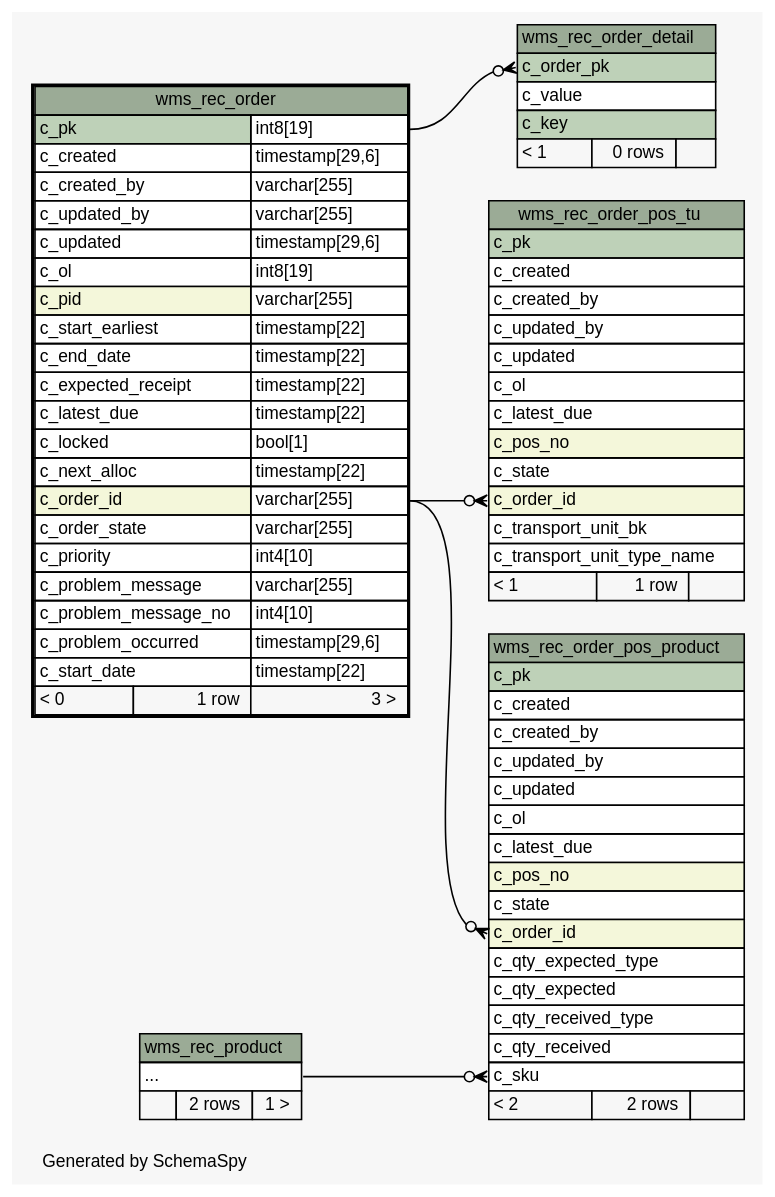
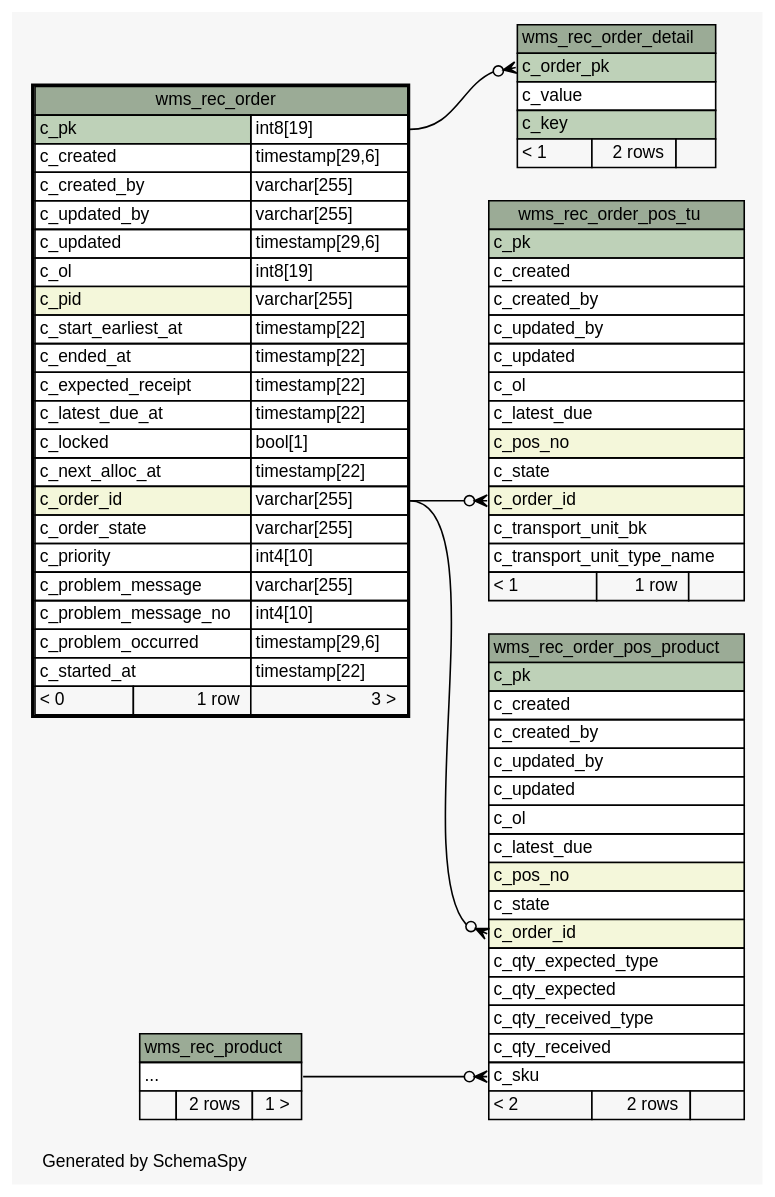
The diagram in 1.0.0-SNAPSHOT/schemaspy/diagrams/wms_rec_order.2degrees.dot (openwms/org.openwms.wms.receiving.lib), drawn with Graphviz before and after one commit. The commit also changed 454 other files, not shown here.

```diff
--- a/1.0.0-SNAPSHOT/schemaspy/diagrams/wms_rec_order.2degrees.dot
+++ b/1.0.0-SNAPSHOT/schemaspy/diagrams/wms_rec_order.2degrees.dot
@@ -1,122 +1,122 @@
 // dot 2.43.0 on Linux 5.15.0-1034-azure
 // SchemaSpy rev Unknown
 digraph "twoDegreesRelationshipsDiagram" {
   graph [
     rankdir="RL"
     bgcolor="#f7f7f7"
     label="\nGenerated by SchemaSpy"
     labeljust="l"
     nodesep="0.18"
     ranksep="0.46"
     fontname="Helvetica"
     fontsize="11"
   ];
   node [
     fontname="Helvetica"
     fontsize="11"
     shape="plaintext"
   ];
   edge [
     arrowsize="0.8"
   ];
   "wms_rec_order_detail":"c_order_pk":w -> "wms_rec_order":"c_pk.type":e [arrowhead=none dir=back arrowtail=crowodot];
   "wms_rec_order_pos_product":"c_order_id":w -> "wms_rec_order":"c_order_id.type":e [arrowhead=none dir=back arrowtail=crowodot];
   "wms_rec_order_pos_product":"c_sku":w -> "wms_rec_product":"elipses":e [arrowhead=none dir=back arrowtail=crowodot];
   "wms_rec_order_pos_tu":"c_order_id":w -> "wms_rec_order":"c_order_id.type":e [arrowhead=none dir=back arrowtail=crowodot];
   "wms_rec_order" [
     label=<
     <TABLE BORDER="2" CELLBORDER="1" CELLSPACING="0" BGCOLOR="#ffffff">
       <TR><TD COLSPAN="3" BGCOLOR="#9bab96" ALIGN="CENTER">wms_rec_order</TD></TR>
       <TR><TD PORT="c_pk" COLSPAN="2" BGCOLOR="#bed1b8" ALIGN="LEFT">c_pk</TD><TD PORT="c_pk.type" ALIGN="LEFT">int8[19]</TD></TR>
       <TR><TD PORT="c_created" COLSPAN="2" ALIGN="LEFT">c_created</TD><TD PORT="c_created.type" ALIGN="LEFT">timestamp[29,6]</TD></TR>
       <TR><TD PORT="c_created_by" COLSPAN="2" ALIGN="LEFT">c_created_by</TD><TD PORT="c_created_by.type" ALIGN="LEFT">varchar[255]</TD></TR>
       <TR><TD PORT="c_updated_by" COLSPAN="2" ALIGN="LEFT">c_updated_by</TD><TD PORT="c_updated_by.type" ALIGN="LEFT">varchar[255]</TD></TR>
       <TR><TD PORT="c_updated" COLSPAN="2" ALIGN="LEFT">c_updated</TD><TD PORT="c_updated.type" ALIGN="LEFT">timestamp[29,6]</TD></TR>
       <TR><TD PORT="c_ol" COLSPAN="2" ALIGN="LEFT">c_ol</TD><TD PORT="c_ol.type" ALIGN="LEFT">int8[19]</TD></TR>
       <TR><TD PORT="c_pid" COLSPAN="2" BGCOLOR="#f4f7da" ALIGN="LEFT">c_pid</TD><TD PORT="c_pid.type" ALIGN="LEFT">varchar[255]</TD></TR>
-      <TR><TD PORT="c_start_earliest" COLSPAN="2" ALIGN="LEFT">c_start_earliest</TD><TD PORT="c_start_earliest.type" ALIGN="LEFT">timestamp[22]</TD></TR>
-      <TR><TD PORT="c_end_date" COLSPAN="2" ALIGN="LEFT">c_end_date</TD><TD PORT="c_end_date.type" ALIGN="LEFT">timestamp[22]</TD></TR>
+      <TR><TD PORT="c_start_earliest_at" COLSPAN="2" ALIGN="LEFT">c_start_earliest_at</TD><TD PORT="c_start_earliest_at.type" ALIGN="LEFT">timestamp[22]</TD></TR>
+      <TR><TD PORT="c_ended_at" COLSPAN="2" ALIGN="LEFT">c_ended_at</TD><TD PORT="c_ended_at.type" ALIGN="LEFT">timestamp[22]</TD></TR>
       <TR><TD PORT="c_expected_receipt" COLSPAN="2" ALIGN="LEFT">c_expected_receipt</TD><TD PORT="c_expected_receipt.type" ALIGN="LEFT">timestamp[22]</TD></TR>
-      <TR><TD PORT="c_latest_due" COLSPAN="2" ALIGN="LEFT">c_latest_due</TD><TD PORT="c_latest_due.type" ALIGN="LEFT">timestamp[22]</TD></TR>
+      <TR><TD PORT="c_latest_due_at" COLSPAN="2" ALIGN="LEFT">c_latest_due_at</TD><TD PORT="c_latest_due_at.type" ALIGN="LEFT">timestamp[22]</TD></TR>
       <TR><TD PORT="c_locked" COLSPAN="2" ALIGN="LEFT">c_locked</TD><TD PORT="c_locked.type" ALIGN="LEFT">bool[1]</TD></TR>
-      <TR><TD PORT="c_next_alloc" COLSPAN="2" ALIGN="LEFT">c_next_alloc</TD><TD PORT="c_next_alloc.type" ALIGN="LEFT">timestamp[22]</TD></TR>
+      <TR><TD PORT="c_next_alloc_at" COLSPAN="2" ALIGN="LEFT">c_next_alloc_at</TD><TD PORT="c_next_alloc_at.type" ALIGN="LEFT">timestamp[22]</TD></TR>
       <TR><TD PORT="c_order_id" COLSPAN="2" BGCOLOR="#f4f7da" ALIGN="LEFT">c_order_id</TD><TD PORT="c_order_id.type" ALIGN="LEFT">varchar[255]</TD></TR>
       <TR><TD PORT="c_order_state" COLSPAN="2" ALIGN="LEFT">c_order_state</TD><TD PORT="c_order_state.type" ALIGN="LEFT">varchar[255]</TD></TR>
       <TR><TD PORT="c_priority" COLSPAN="2" ALIGN="LEFT">c_priority</TD><TD PORT="c_priority.type" ALIGN="LEFT">int4[10]</TD></TR>
       <TR><TD PORT="c_problem_message" COLSPAN="2" ALIGN="LEFT">c_problem_message</TD><TD PORT="c_problem_message.type" ALIGN="LEFT">varchar[255]</TD></TR>
       <TR><TD PORT="c_problem_message_no" COLSPAN="2" ALIGN="LEFT">c_problem_message_no</TD><TD PORT="c_problem_message_no.type" ALIGN="LEFT">int4[10]</TD></TR>
       <TR><TD PORT="c_problem_occurred" COLSPAN="2" ALIGN="LEFT">c_problem_occurred</TD><TD PORT="c_problem_occurred.type" ALIGN="LEFT">timestamp[29,6]</TD></TR>
-      <TR><TD PORT="c_start_date" COLSPAN="2" ALIGN="LEFT">c_start_date</TD><TD PORT="c_start_date.type" ALIGN="LEFT">timestamp[22]</TD></TR>
+      <TR><TD PORT="c_started_at" COLSPAN="2" ALIGN="LEFT">c_started_at</TD><TD PORT="c_started_at.type" ALIGN="LEFT">timestamp[22]</TD></TR>
       <TR><TD ALIGN="LEFT" BGCOLOR="#f7f7f7">&lt; 0</TD><TD ALIGN="RIGHT" BGCOLOR="#f7f7f7">1 row</TD><TD ALIGN="RIGHT" BGCOLOR="#f7f7f7">3 &gt;</TD></TR>
     </TABLE>>
     URL="wms_rec_order.html"
     tooltip="wms_rec_order"
   ];
   "wms_rec_order_detail" [
     label=<
     <TABLE BORDER="0" CELLBORDER="1" CELLSPACING="0" BGCOLOR="#ffffff">
       <TR><TD COLSPAN="3" BGCOLOR="#9bab96" ALIGN="CENTER">wms_rec_order_detail</TD></TR>
       <TR><TD PORT="c_order_pk" COLSPAN="3" BGCOLOR="#bed1b8" ALIGN="LEFT">c_order_pk</TD></TR>
       <TR><TD PORT="c_value" COLSPAN="3" ALIGN="LEFT">c_value</TD></TR>
       <TR><TD PORT="c_key" COLSPAN="3" BGCOLOR="#bed1b8" ALIGN="LEFT">c_key</TD></TR>
-      <TR><TD ALIGN="LEFT" BGCOLOR="#f7f7f7">&lt; 1</TD><TD ALIGN="RIGHT" BGCOLOR="#f7f7f7">0 rows</TD><TD ALIGN="RIGHT" BGCOLOR="#f7f7f7">  </TD></TR>
+      <TR><TD ALIGN="LEFT" BGCOLOR="#f7f7f7">&lt; 1</TD><TD ALIGN="RIGHT" BGCOLOR="#f7f7f7">2 rows</TD><TD ALIGN="RIGHT" BGCOLOR="#f7f7f7">  </TD></TR>
     </TABLE>>
     URL="wms_rec_order_detail.html"
     tooltip="wms_rec_order_detail"
   ];
   "wms_rec_order_pos_product" [
     label=<
     <TABLE BORDER="0" CELLBORDER="1" CELLSPACING="0" BGCOLOR="#ffffff">
       <TR><TD COLSPAN="3" BGCOLOR="#9bab96" ALIGN="CENTER">wms_rec_order_pos_product</TD></TR>
       <TR><TD PORT="c_pk" COLSPAN="3" BGCOLOR="#bed1b8" ALIGN="LEFT">c_pk</TD></TR>
       <TR><TD PORT="c_created" COLSPAN="3" ALIGN="LEFT">c_created</TD></TR>
       <TR><TD PORT="c_created_by" COLSPAN="3" ALIGN="LEFT">c_created_by</TD></TR>
       <TR><TD PORT="c_updated_by" COLSPAN="3" ALIGN="LEFT">c_updated_by</TD></TR>
       <TR><TD PORT="c_updated" COLSPAN="3" ALIGN="LEFT">c_updated</TD></TR>
       <TR><TD PORT="c_ol" COLSPAN="3" ALIGN="LEFT">c_ol</TD></TR>
       <TR><TD PORT="c_latest_due" COLSPAN="3" ALIGN="LEFT">c_latest_due</TD></TR>
       <TR><TD PORT="c_pos_no" COLSPAN="3" BGCOLOR="#f4f7da" ALIGN="LEFT">c_pos_no</TD></TR>
       <TR><TD PORT="c_state" COLSPAN="3" ALIGN="LEFT">c_state</TD></TR>
       <TR><TD PORT="c_order_id" COLSPAN="3" BGCOLOR="#f4f7da" ALIGN="LEFT">c_order_id</TD></TR>
       <TR><TD PORT="c_qty_expected_type" COLSPAN="3" ALIGN="LEFT">c_qty_expected_type</TD></TR>
       <TR><TD PORT="c_qty_expected" COLSPAN="3" ALIGN="LEFT">c_qty_expected</TD></TR>
       <TR><TD PORT="c_qty_received_type" COLSPAN="3" ALIGN="LEFT">c_qty_received_type</TD></TR>
       <TR><TD PORT="c_qty_received" COLSPAN="3" ALIGN="LEFT">c_qty_received</TD></TR>
       <TR><TD PORT="c_sku" COLSPAN="3" ALIGN="LEFT">c_sku</TD></TR>
       <TR><TD ALIGN="LEFT" BGCOLOR="#f7f7f7">&lt; 2</TD><TD ALIGN="RIGHT" BGCOLOR="#f7f7f7">2 rows</TD><TD ALIGN="RIGHT" BGCOLOR="#f7f7f7">  </TD></TR>
     </TABLE>>
     URL="wms_rec_order_pos_product.html"
     tooltip="wms_rec_order_pos_product"
   ];
   "wms_rec_order_pos_tu" [
     label=<
     <TABLE BORDER="0" CELLBORDER="1" CELLSPACING="0" BGCOLOR="#ffffff">
       <TR><TD COLSPAN="3" BGCOLOR="#9bab96" ALIGN="CENTER">wms_rec_order_pos_tu</TD></TR>
       <TR><TD PORT="c_pk" COLSPAN="3" BGCOLOR="#bed1b8" ALIGN="LEFT">c_pk</TD></TR>
       <TR><TD PORT="c_created" COLSPAN="3" ALIGN="LEFT">c_created</TD></TR>
       <TR><TD PORT="c_created_by" COLSPAN="3" ALIGN="LEFT">c_created_by</TD></TR>
       <TR><TD PORT="c_updated_by" COLSPAN="3" ALIGN="LEFT">c_updated_by</TD></TR>
       <TR><TD PORT="c_updated" COLSPAN="3" ALIGN="LEFT">c_updated</TD></TR>
       <TR><TD PORT="c_ol" COLSPAN="3" ALIGN="LEFT">c_ol</TD></TR>
       <TR><TD PORT="c_latest_due" COLSPAN="3" ALIGN="LEFT">c_latest_due</TD></TR>
       <TR><TD PORT="c_pos_no" COLSPAN="3" BGCOLOR="#f4f7da" ALIGN="LEFT">c_pos_no</TD></TR>
       <TR><TD PORT="c_state" COLSPAN="3" ALIGN="LEFT">c_state</TD></TR>
       <TR><TD PORT="c_order_id" COLSPAN="3" BGCOLOR="#f4f7da" ALIGN="LEFT">c_order_id</TD></TR>
       <TR><TD PORT="c_transport_unit_bk" COLSPAN="3" ALIGN="LEFT">c_transport_unit_bk</TD></TR>
       <TR><TD PORT="c_transport_unit_type_name" COLSPAN="3" ALIGN="LEFT">c_transport_unit_type_name</TD></TR>
       <TR><TD ALIGN="LEFT" BGCOLOR="#f7f7f7">&lt; 1</TD><TD ALIGN="RIGHT" BGCOLOR="#f7f7f7">1 row</TD><TD ALIGN="RIGHT" BGCOLOR="#f7f7f7">  </TD></TR>
     </TABLE>>
     URL="wms_rec_order_pos_tu.html"
     tooltip="wms_rec_order_pos_tu"
   ];
   "wms_rec_product" [
     label=<
     <TABLE BORDER="0" CELLBORDER="1" CELLSPACING="0" BGCOLOR="#ffffff">
       <TR><TD COLSPAN="3" BGCOLOR="#9bab96" ALIGN="CENTER">wms_rec_product</TD></TR>
       <TR><TD PORT="elipses" COLSPAN="3" ALIGN="LEFT">...</TD></TR>
       <TR><TD ALIGN="LEFT" BGCOLOR="#f7f7f7">  </TD><TD ALIGN="RIGHT" BGCOLOR="#f7f7f7">2 rows</TD><TD ALIGN="RIGHT" BGCOLOR="#f7f7f7">1 &gt;</TD></TR>
     </TABLE>>
     URL="wms_rec_product.html"
     tooltip="wms_rec_product"
   ];
 }
```
